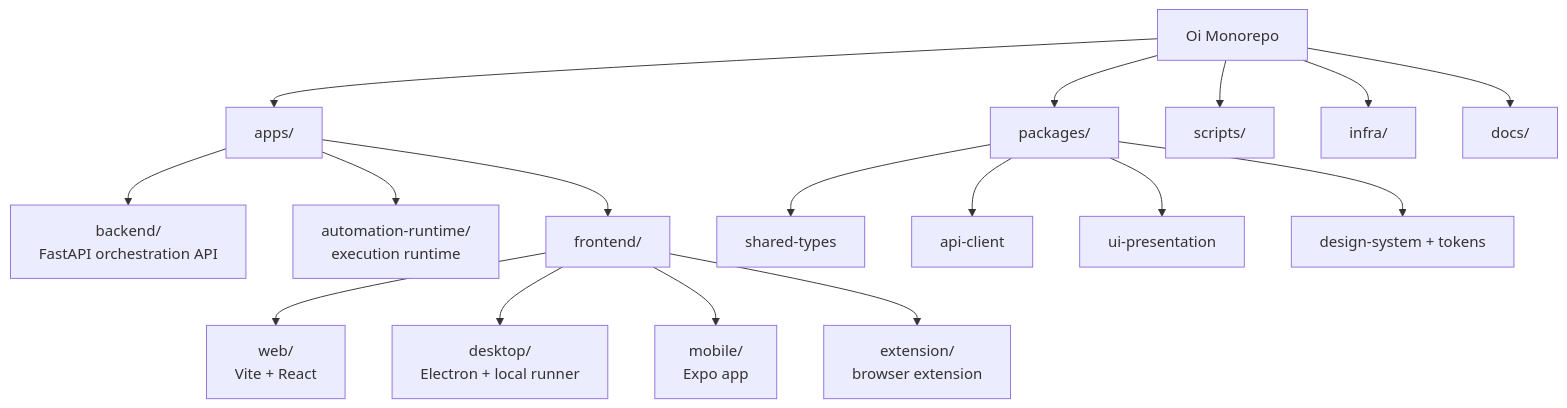
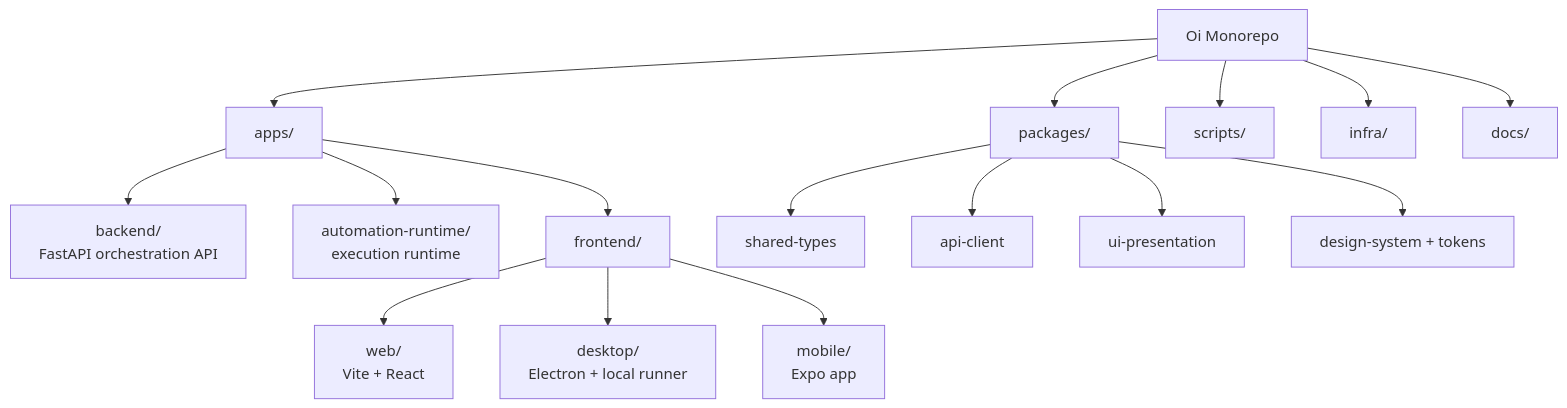
Before and after one commit to Eshwar-777/Oi: the third of 5 diagrams in README.md, drawn with Mermaid. The commit also changed other lines of this file and 7 other files, not shown here.

````diff
--- a/README.md
+++ b/README.md
@@ -73,22 +70,21 @@
 ```mermaid
 flowchart TD
     Repo["Oi Monorepo"] --> Apps["apps/"]
     Repo --> Packages["packages/"]
     Repo --> Scripts["scripts/"]
     Repo --> Infra["infra/"]
     Repo --> Docs["docs/"]
 
     Apps --> BackendApp["backend/<br/>FastAPI orchestration API"]
     Apps --> RuntimeApp["automation-runtime/<br/>execution runtime"]
     Apps --> Frontend["frontend/"]
 
     Frontend --> WebApp["web/<br/>Vite + React"]
     Frontend --> DesktopApp["desktop/<br/>Electron + local runner"]
     Frontend --> MobileApp["mobile/<br/>Expo app"]
-    Frontend --> ExtensionApp["extension/<br/>browser extension"]
 
     Packages --> SharedTypes["shared-types"]
     Packages --> ApiClient["api-client"]
     Packages --> UIPresentation["ui-presentation"]
     Packages --> Design["design-system + tokens"]
 ```
````
